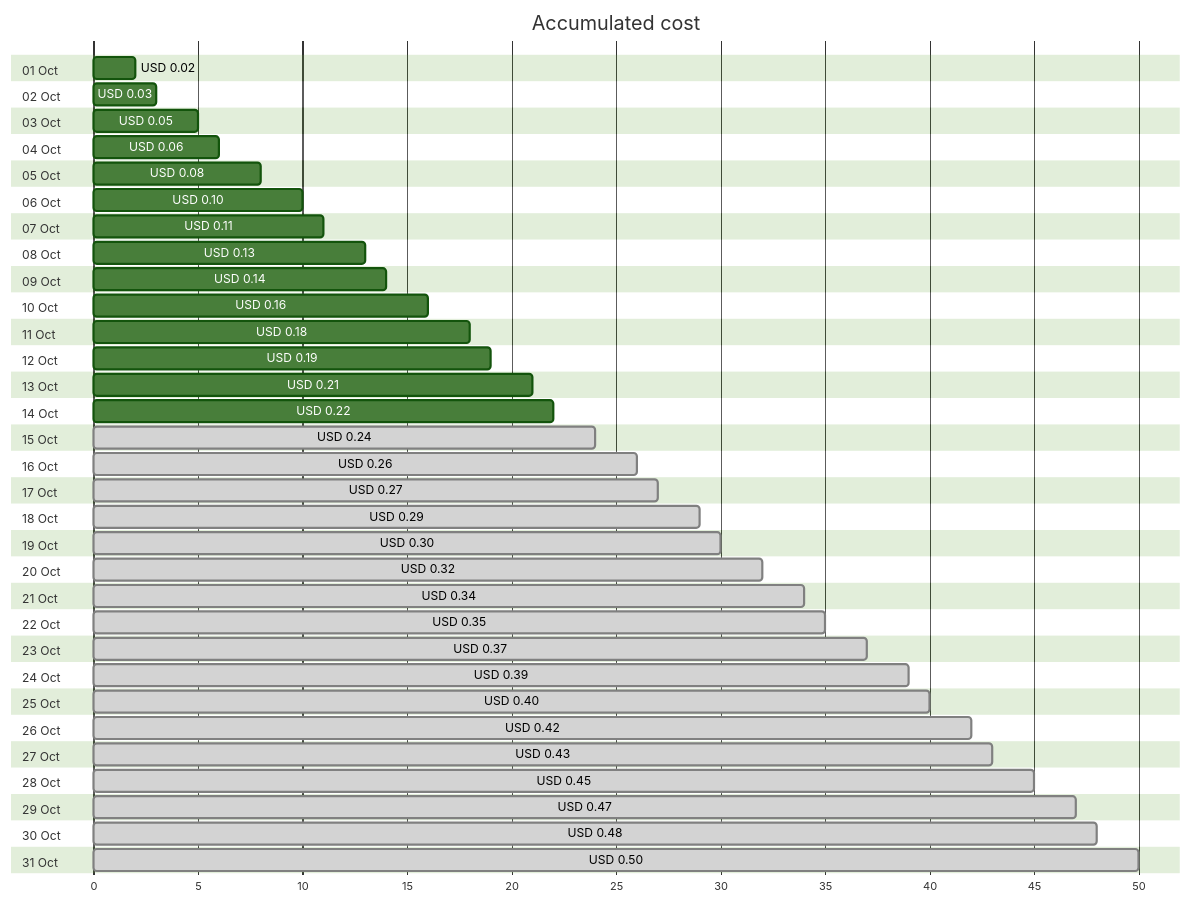
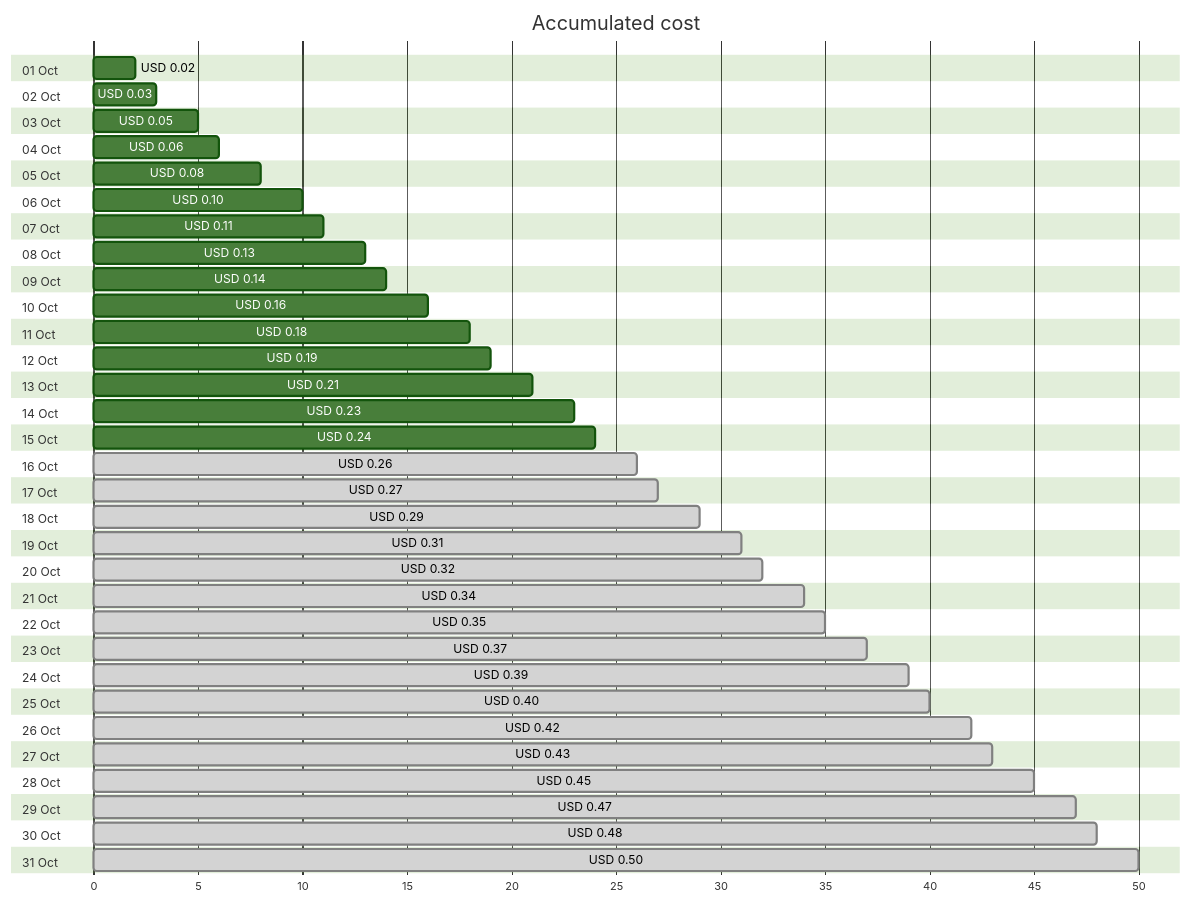
One commit to jpfulton/azure-personal-reports changed the first of 4 diagrams in cost-reports/personal-network/private.jpatrickfulton.com.md. Above: the diagram before and after it, drawn with Mermaid (forest theme). The commit also changed other lines of this file and 8 other files, not shown here.

````diff
--- a/cost-reports/personal-network/private.jpatrickfulton.com.md
+++ b/cost-reports/personal-network/private.jpatrickfulton.com.md
@@ -20,68 +20,68 @@
 ```mermaid
 gantt
    title Accumulated cost
    dateFormat  X
    axisFormat %s
    section 01 Oct
    USD 0.02 :0, 2
    section 02 Oct
    USD 0.03 :0, 3
    section 03 Oct
    USD 0.05 :0, 5
    section 04 Oct
    USD 0.06 :0, 6
    section 05 Oct
    USD 0.08 :0, 8
    section 06 Oct
    USD 0.10 :0, 10
    section 07 Oct
    USD 0.11 :0, 11
    section 08 Oct
    USD 0.13 :0, 13
    section 09 Oct
    USD 0.14 :0, 14
    section 10 Oct
    USD 0.16 :0, 16
    section 11 Oct
    USD 0.18 :0, 18
    section 12 Oct
    USD 0.19 :0, 19
    section 13 Oct
    USD 0.21 :0, 21
    section 14 Oct
-   USD 0.22 :0, 22
+   USD 0.23 :0, 23
    section 15 Oct
-   USD 0.24 : done, 0, 24
+   USD 0.24 :0, 24
    section 16 Oct
    USD 0.26 : done, 0, 26
    section 17 Oct
    USD 0.27 : done, 0, 27
    section 18 Oct
    USD 0.29 : done, 0, 29
    section 19 Oct
-   USD 0.30 : done, 0, 30
+   USD 0.31 : done, 0, 31
    section 20 Oct
    USD 0.32 : done, 0, 32
    section 21 Oct
    USD 0.34 : done, 0, 34
    section 22 Oct
    USD 0.35 : done, 0, 35
    section 23 Oct
    USD 0.37 : done, 0, 37
    section 24 Oct
    USD 0.39 : done, 0, 39
    section 25 Oct
    USD 0.40 : done, 0, 40
    section 26 Oct
    USD 0.42 : done, 0, 42
    section 27 Oct
    USD 0.43 : done, 0, 43
    section 28 Oct
    USD 0.45 : done, 0, 45
    section 29 Oct
    USD 0.47 : done, 0, 47
    section 30 Oct
    USD 0.48 : done, 0, 48
    section 31 Oct
    USD 0.50 : done, 0, 50
 ```
````
